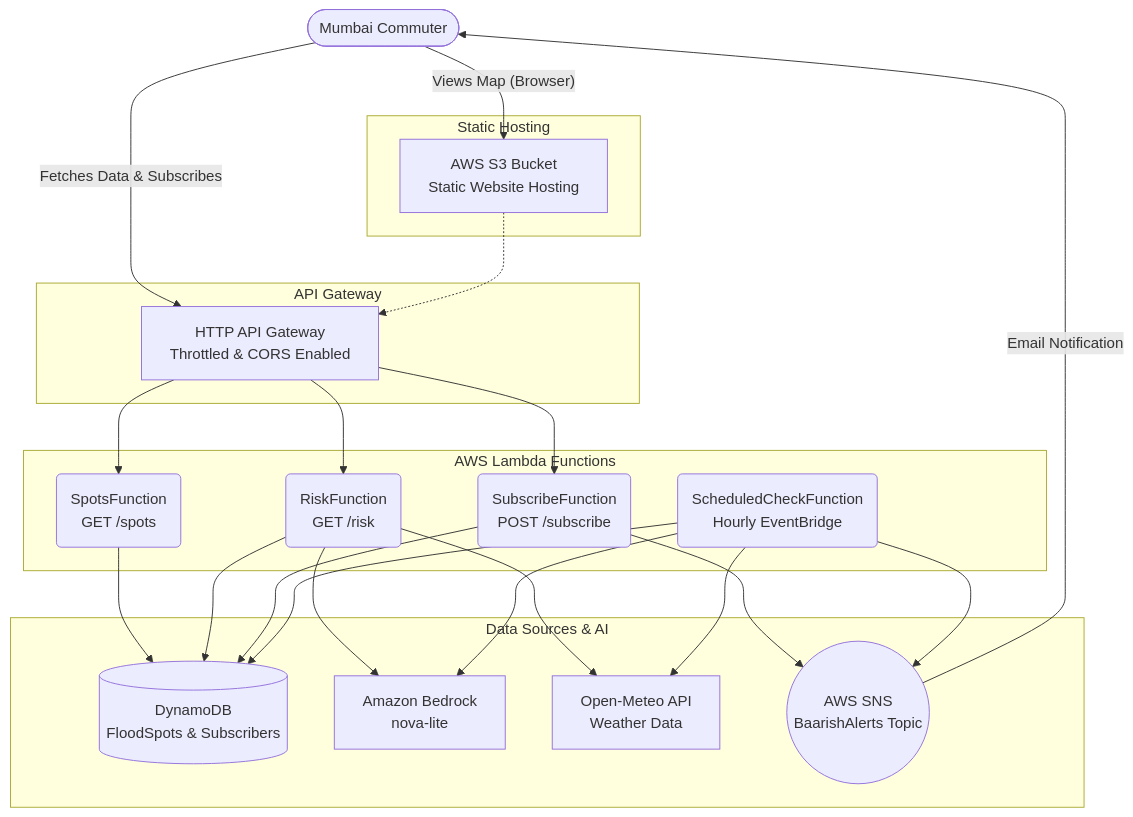
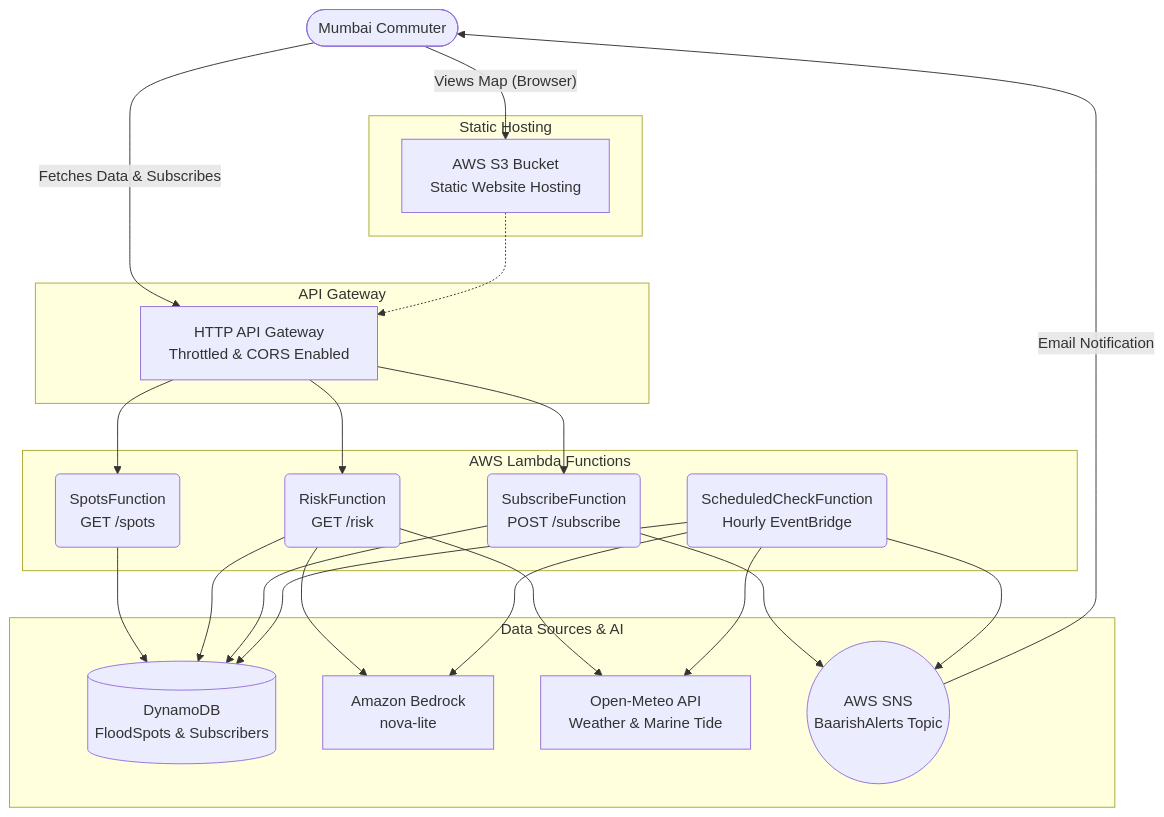
One commit to HarshalChugwani2005/BaarishSaathi changed the diagram in README.md. Above: the diagram before and after it, drawn with Mermaid. The commit also changed other lines of this file and 12 other files, not shown here.

Commit message:
feat: Add tide-aware risk scoring, marine API integration, dynamic SVG timeline, and DynamoDB caching

````diff
--- a/README.md
+++ b/README.md
@@ -29,55 +29,55 @@
 ```mermaid
 flowchart TD
     %% User Layer
     User([Mumbai Commuter])
     
     %% Frontend Layer
     subgraph Frontend [Static Hosting]
         S3[AWS S3 Bucket\nStatic Website Hosting]
     end
     
     %% API Layer
     subgraph APILayer [API Gateway]
         APIGW[HTTP API Gateway\nThrottled & CORS Enabled]
     end
     
     %% Compute Layer
     subgraph Compute [AWS Lambda Functions]
         SpotsFn(SpotsFunction\nGET /spots)
         RiskFn(RiskFunction\nGET /risk)
         SubFn(SubscribeFunction\nPOST /subscribe)
         CronFn(ScheduledCheckFunction\nHourly EventBridge)
     end
     
     %% Data & External Services Layer
     subgraph External [Data Sources & AI]
         DDB[(DynamoDB\nFloodSpots & Subscribers)]
         Bedrock[Amazon Bedrock\nnova-lite]
-        Meteo[Open-Meteo API\nWeather Data]
+        Meteo[Open-Meteo API\nWeather & Marine Tide]
         SNS((AWS SNS\nBaarishAlerts Topic))
     end
     
     %% Connections
     User -- "Views Map (Browser)" --> S3
     User -- "Fetches Data & Subscribes" --> APIGW
     S3 -.-> APIGW
     
     APIGW --> SpotsFn
     APIGW --> RiskFn
     APIGW --> SubFn
     
     SpotsFn --> DDB
     RiskFn --> DDB
     RiskFn --> Meteo
     RiskFn --> Bedrock
     
     SubFn --> DDB
     SubFn --> SNS
     
     CronFn --> DDB
     CronFn --> Meteo
     CronFn --> Bedrock
     CronFn --> SNS
     
     SNS -- "Email Notification" --> User
 ```
````
